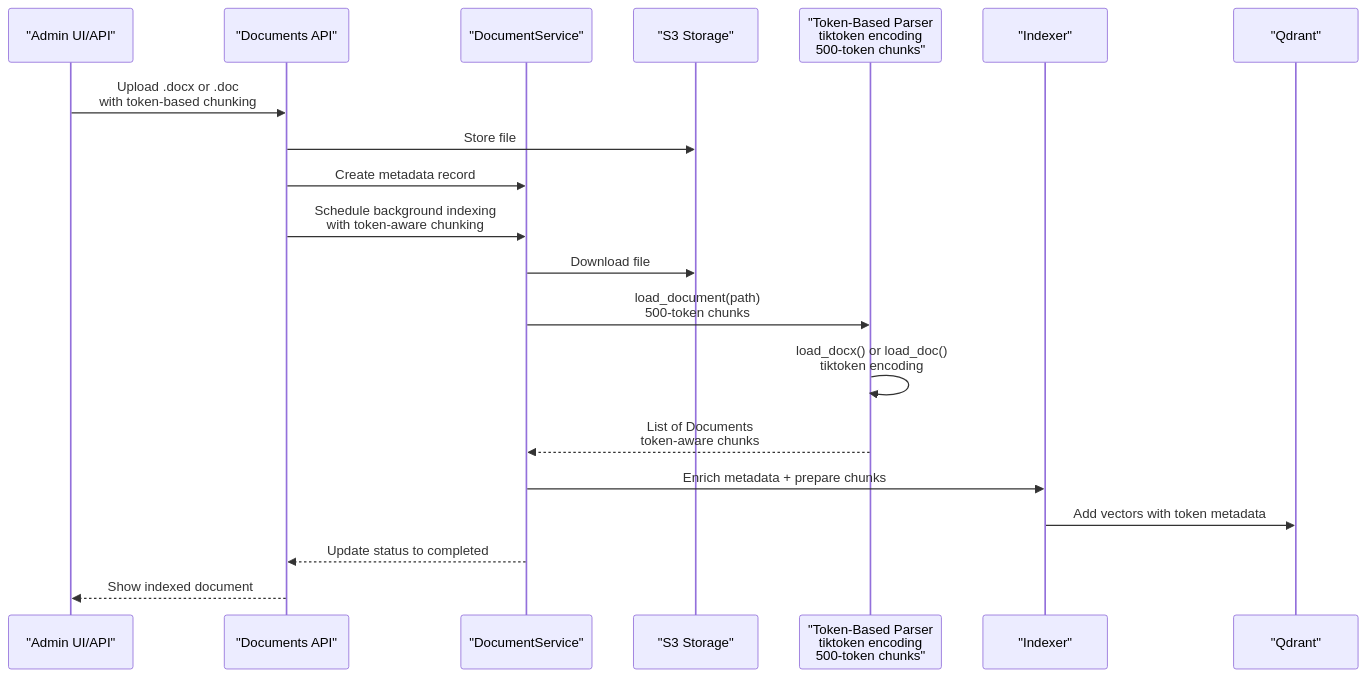
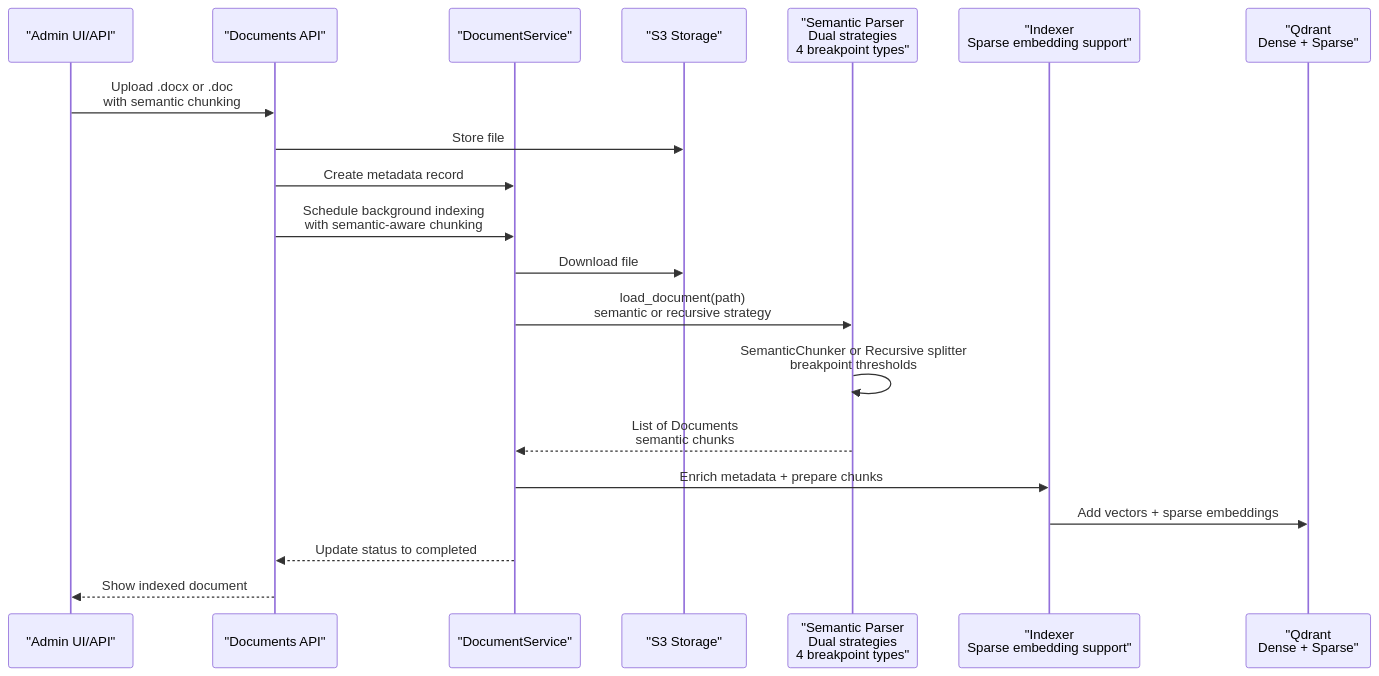
One commit to ognelis/cafetera_hr_bot changed the second of 12 diagrams in .qoder/repowiki/en/content/RAG Integration/RAG Parser Enhancement.md. Above: the diagram before and after it, drawn with Mermaid. The commit also changed other lines of this file and 10 other files, not shown here.

````diff
--- a/.qoder/repowiki/en/content/RAG Integration/RAG Parser Enhancement.md
+++ b/.qoder/repowiki/en/content/RAG Integration/RAG Parser Enhancement.md
@@ -164,22 +185,22 @@
 ```mermaid
 sequenceDiagram
 participant Admin as "Admin UI/API"
 participant API as "Documents API"
 participant Service as "DocumentService"
 participant S3 as "S3 Storage"
-participant Parser as "Token-Based Parser<br/>tiktoken encoding<br/>500-token chunks"
-participant Indexer as "Indexer"
-participant Qdrant as "Qdrant"
-Admin->>API : Upload .docx or .doc<br/>with token-based chunking
+participant Parser as "Semantic Parser<br/>Dual strategies<br/>4 breakpoint types"
+participant Indexer as "Indexer<br/>Sparse embedding support"
+participant Qdrant as "Qdrant<br/>Dense + Sparse"
+Admin->>API : Upload .docx or .doc<br/>with semantic chunking
 API->>S3 : Store file
 API->>Service : Create metadata record
-API->>Service : Schedule background indexing<br/>with token-aware chunking
+API->>Service : Schedule background indexing<br/>with semantic-aware chunking
 Service->>S3 : Download file
-Service->>Parser : load_document(path)<br/>500-token chunks
-Parser->>Parser : load_docx() or load_doc()<br/>tiktoken encoding
-Parser-->>Service : List of Documents<br/>token-aware chunks
+Service->>Parser : load_document(path)<br/>semantic or recursive strategy
+Parser->>Parser : SemanticChunker or Recursive splitter<br/>breakpoint thresholds
+Parser-->>Service : List of Documents<br/>semantic chunks
 Service->>Indexer : Enrich metadata + prepare chunks
-Indexer->>Qdrant : Add vectors with token metadata
+Indexer->>Qdrant : Add vectors + sparse embeddings
 Service-->>API : Update status to completed
 API-->>Admin : Show indexed document
 ```
````
